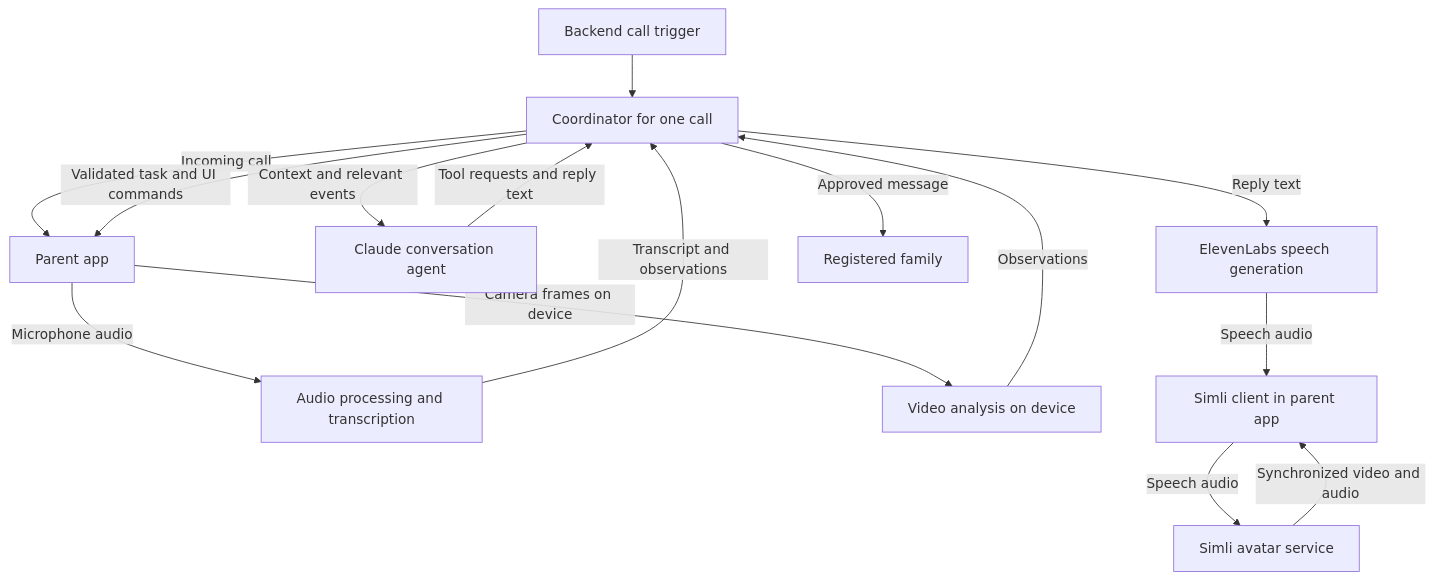
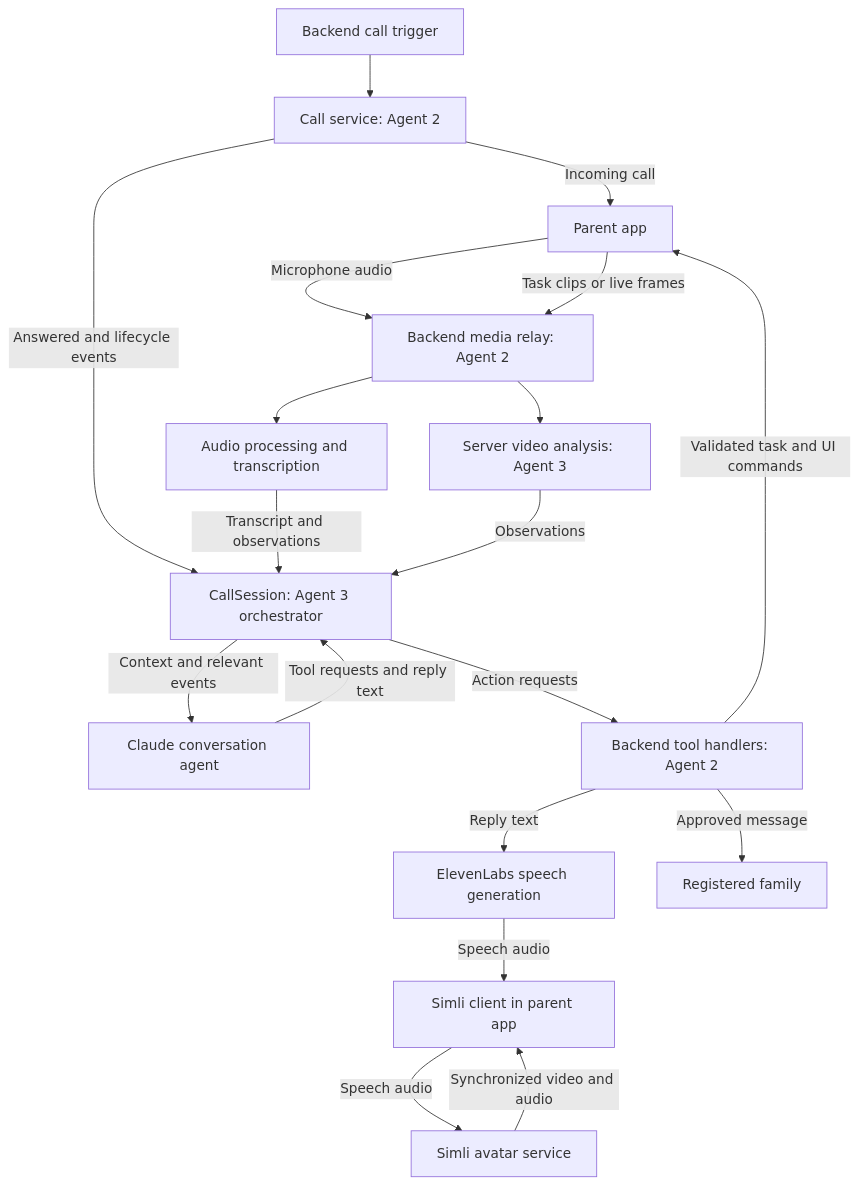
One commit to BruhWherIsMyCode/unfair-weekend changed the diagram in backend/ARCHITECTURE_PLAN.md. Above: the diagram before and after it, drawn with Mermaid. The commit also changed other lines of this file and 1 other file, not shown here.

Commit message:
backend: clarify task results and conversation ownership

````diff
--- a/backend/ARCHITECTURE_PLAN.md
+++ b/backend/ARCHITECTURE_PLAN.md
@@ -18,17 +31,21 @@
 ```mermaid
 flowchart TD
-    Trigger[Backend call trigger] --> Coordinator[Coordinator for one call]
-    Coordinator -->|Incoming call| App[Parent app]
-    App -->|Microphone audio| Audio[Audio processing and transcription]
-    App -->|Camera frames on device| Video[Video analysis on device]
+    Trigger[Backend call trigger] --> Calls[Call service: Agent 2]
+    Calls -->|Incoming call| App[Parent app]
+    Calls -->|Answered and lifecycle events| Coordinator[CallSession: Agent 3 orchestrator]
+    App -->|Microphone audio| Media[Backend media relay: Agent 2]
+    App -->|Task clips or live frames| Media
+    Media --> Audio[Audio processing and transcription]
+    Media --> Video[Server video analysis: Agent 3]
     Audio -->|Transcript and observations| Coordinator
     Video -->|Observations| Coordinator
     Coordinator -->|Context and relevant events| Claude[Claude conversation agent]
     Claude -->|Tool requests and reply text| Coordinator
-    Coordinator -->|Validated task and UI commands| App
-    Coordinator -->|Reply text| Voice[ElevenLabs speech generation]
+    Coordinator -->|Action requests| Handlers[Backend tool handlers: Agent 2]
+    Handlers -->|Validated task and UI commands| App
+    Handlers -->|Reply text| Voice[ElevenLabs speech generation]
     Voice -->|Speech audio| AvatarClient[Simli client in parent app]
     AvatarClient -->|Speech audio| Simli[Simli avatar service]
     Simli -->|Synchronized video and audio| AvatarClient
-    Coordinator -->|Approved message| Family[Registered family]
+    Handlers -->|Approved message| Family[Registered family]
 ```
````
